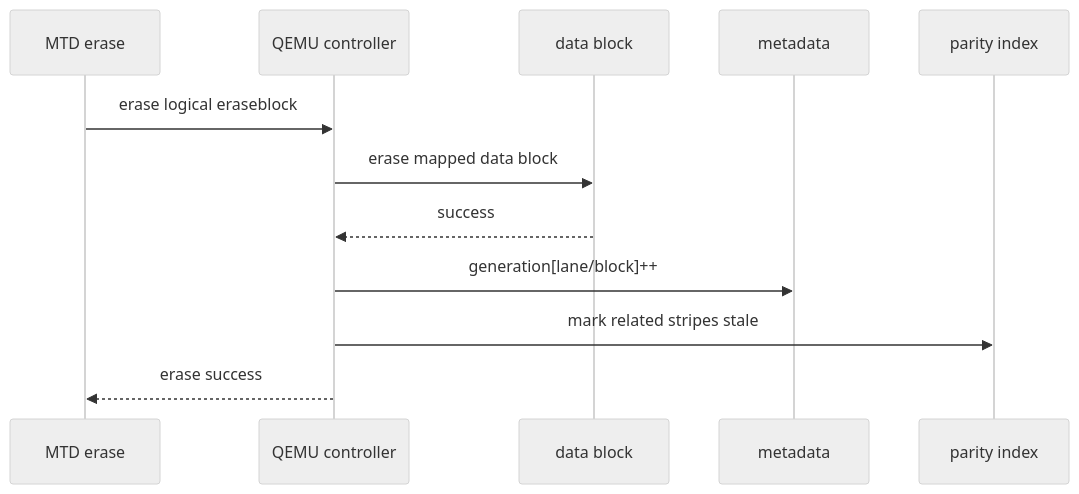
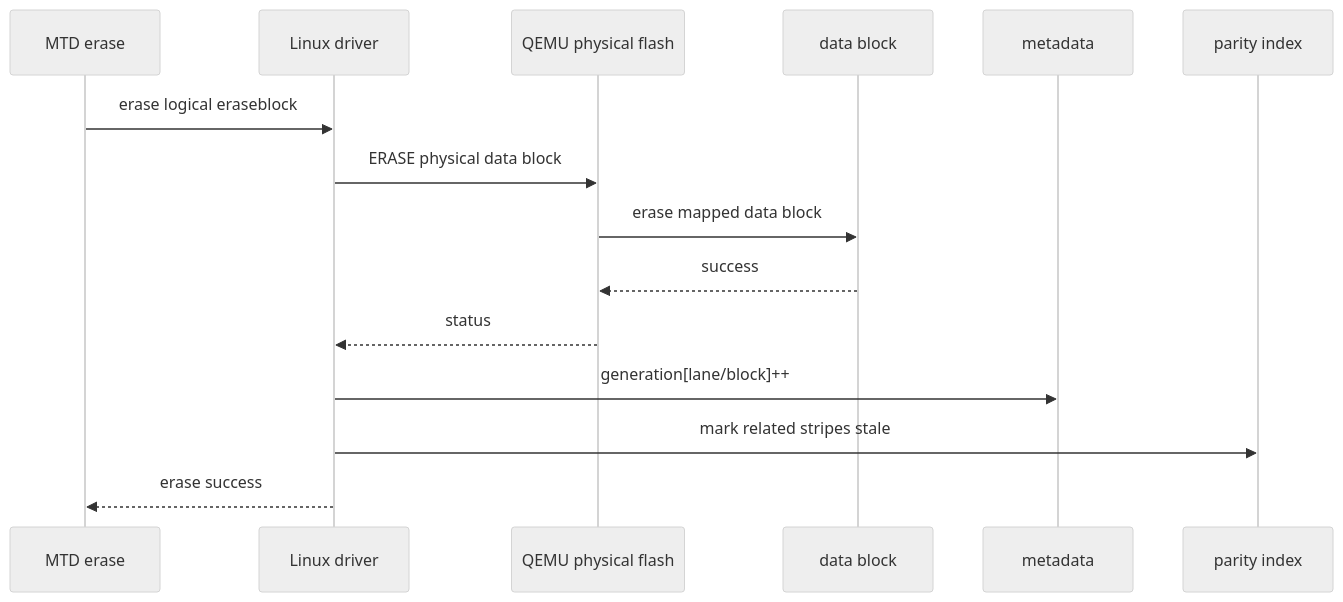
The fourth of 7 diagrams in docs/qemu-3dnand-scheme-d-versioned-parity-log-design.md (avenstar65/3dnand_test), drawn with Mermaid (neutral theme) before and after one commit. The commit also changed other lines of this file and 15 other files, not shown here.

````diff
--- a/docs/qemu-3dnand-scheme-d-versioned-parity-log-design.md
+++ b/docs/qemu-3dnand-scheme-d-versioned-parity-log-design.md
@@ -368,15 +394,18 @@
 ```mermaid
 sequenceDiagram
     participant MTD as MTD erase
-    participant CTRL as QEMU controller
+    participant DRV as Linux driver
+    participant QEMU as QEMU physical flash
     participant DATA as data block
     participant META as metadata
     participant IDX as parity index
 
-    MTD->>CTRL: erase logical eraseblock
-    CTRL->>DATA: erase mapped data block
-    DATA-->>CTRL: success
-    CTRL->>META: generation[lane/block]++
-    CTRL->>IDX: mark related stripes stale
-    CTRL-->>MTD: erase success
+    MTD->>DRV: erase logical eraseblock
+    DRV->>QEMU: ERASE physical data block
+    QEMU->>DATA: erase mapped data block
+    DATA-->>QEMU: success
+    QEMU-->>DRV: status
+    DRV->>META: generation[lane/block]++
+    DRV->>IDX: mark related stripes stale
+    DRV-->>MTD: erase success
 ```
````
